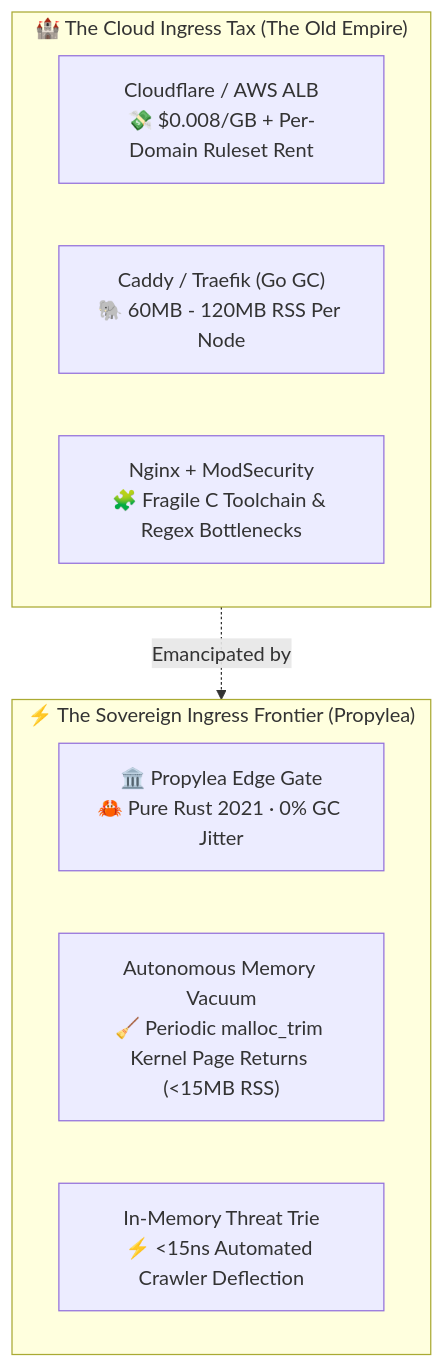
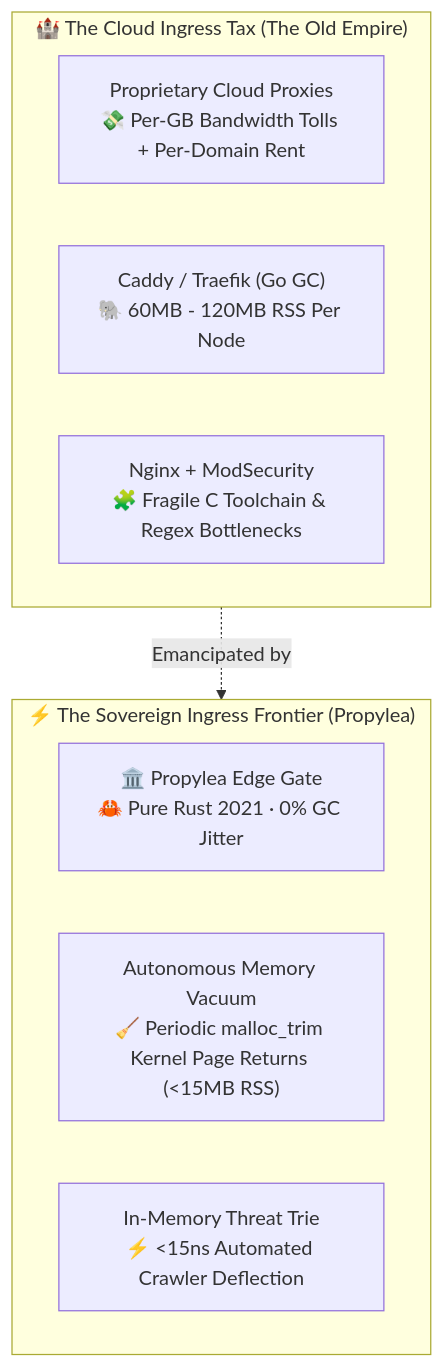
One commit to rmediatech/propylea changed the diagram in README.md. Above: the diagram before and after it, drawn with Mermaid. The commit also changed other lines of this file and 1 other file, not shown here.

````diff
--- a/README.md
+++ b/README.md
@@ -126,18 +126,18 @@
 ```mermaid
 flowchart TD
     subgraph HeavyIngress ["🏰 The Cloud Ingress Tax (The Old Empire)"]
         direction LR
-        CloudProxy["Cloudflare / AWS ALB\n💸 $0.008/GB + Per-Domain Ruleset Rent"]
+        CloudProxy["Proprietary Cloud Proxies\n💸 Per-GB Bandwidth Tolls + Per-Domain Rent"]
         GoProxy["Caddy / Traefik (Go GC)\n🐘 60MB - 120MB RSS Per Node"]
         NginxProxy["Nginx + ModSecurity\n🧩 Fragile C Toolchain & Regex Bottlenecks"]
     end
 
     subgraph PropyleaFrontier ["⚡ The Sovereign Ingress Frontier (Propylea)"]
         direction LR
         PropyleaCore["🏛️ Propylea Edge Gate\n🦀 Pure Rust 2021 · 0% GC Jitter"]
         MemVacuum["Autonomous Memory Vacuum\n🧹 Periodic malloc_trim Kernel Page Returns (<15MB RSS)"]
         NanosecondTrie["In-Memory Threat Trie\n⚡ <15ns Automated Crawler Deflection"]
     end
 
     HeavyIngress -.->|"Emancipated by"| PropyleaFrontier
 ```
````
